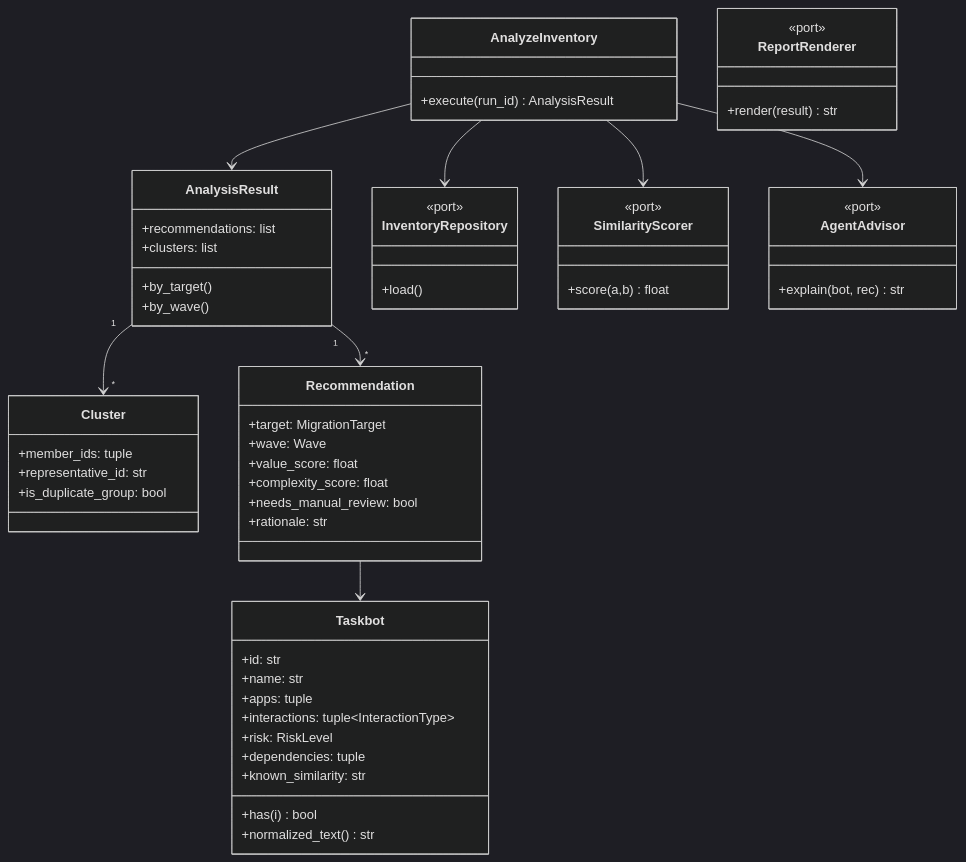
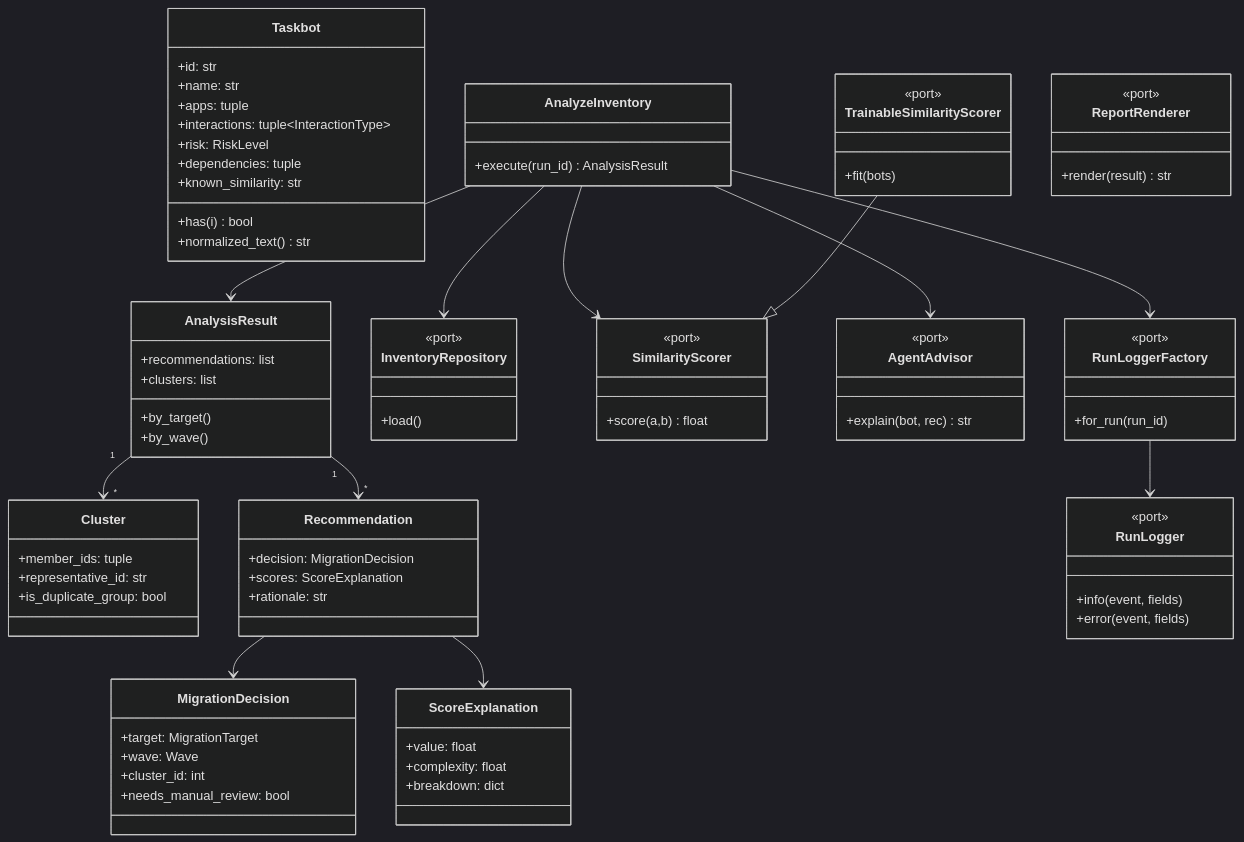
One commit to cataia-code/bancolombia-technical-challenge-b changed the second of 5 diagrams in docs/uml.md. Above: the diagram before and after it, drawn with Mermaid (dark theme). The commit also changed other lines of this file and 17 other files, not shown here.

````diff
--- a/docs/uml.md
+++ b/docs/uml.md
@@ -44,12 +44,20 @@
       +is_duplicate_group: bool
     }
     class Recommendation {
+      +decision: MigrationDecision
+      +scores: ScoreExplanation
+      +rationale: str
+    }
+    class MigrationDecision {
       +target: MigrationTarget
       +wave: Wave
-      +value_score: float
-      +complexity_score: float
+      +cluster_id: int
       +needs_manual_review: bool
-      +rationale: str
+    }
+    class ScoreExplanation {
+      +value: float
+      +complexity: float
+      +breakdown: dict
     }
     class AnalysisResult {
       +recommendations: list
@@ -68,6 +76,10 @@
       <<port>>
       +score(a,b) float
     }
+    class TrainableSimilarityScorer {
+      <<port>>
+      +fit(bots)
+    }
     class AgentAdvisor {
       <<port>>
       +explain(bot, rec) str
@@ -76,12 +88,25 @@
       <<port>>
       +render(result) str
     }
+    class RunLoggerFactory {
+      <<port>>
+      +for_run(run_id)
+    }
+    class RunLogger {
+      <<port>>
+      +info(event, fields)
+      +error(event, fields)
+    }
 
     AnalyzeInventory --> InventoryRepository
     AnalyzeInventory --> SimilarityScorer
+    AnalyzeInventory --> RunLoggerFactory
     AnalyzeInventory --> AgentAdvisor
     AnalyzeInventory --> AnalysisResult
     AnalysisResult "1" --> "*" Recommendation
     AnalysisResult "1" --> "*" Cluster
-    Recommendation --> Taskbot
+    Recommendation --> MigrationDecision
+    Recommendation --> ScoreExplanation
+    TrainableSimilarityScorer --|> SimilarityScorer
+    RunLoggerFactory --> RunLogger
 ```
````
